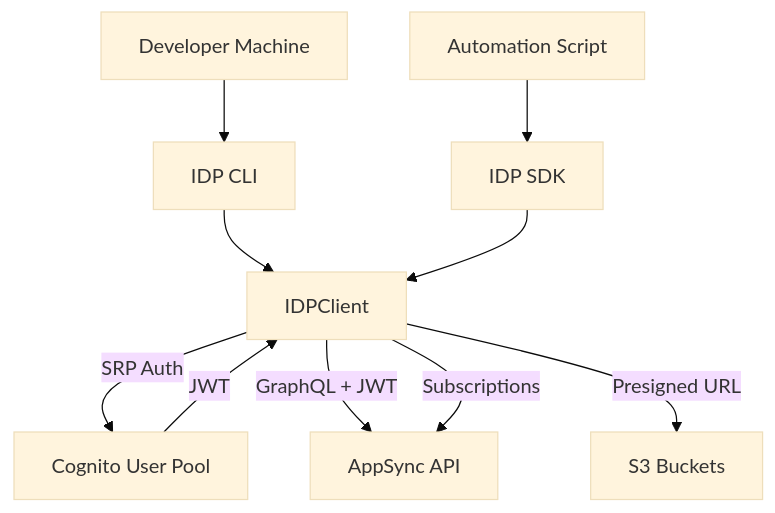
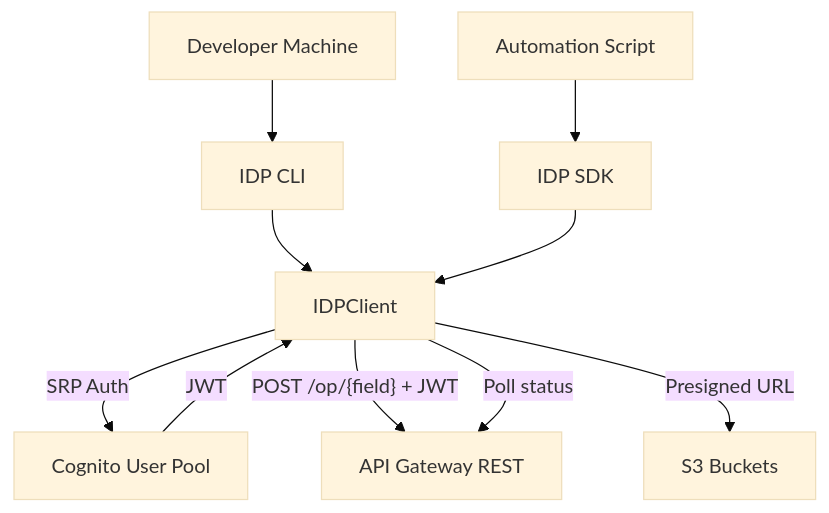
The diagram in security/threat-modeling/feature-threats/sdk-cli.md (aws-samples/sample-genai-idp), drawn with Mermaid (base theme) before and after one commit. The commit also changed other lines of this file and 26 other files, not shown here.

````diff
--- a/security/threat-modeling/feature-threats/sdk-cli.md
+++ b/security/threat-modeling/feature-threats/sdk-cli.md
@@ -24,15 +25,15 @@
 ```mermaid
 flowchart TD
     Developer[Developer Machine] --> CLI[IDP CLI]
     Script[Automation Script] --> SDK[IDP SDK]
     
     CLI --> IDPClient[IDPClient]
     SDK --> IDPClient
     
     IDPClient -->|SRP Auth| Cognito[Cognito User Pool]
     Cognito -->|JWT| IDPClient
     
-    IDPClient -->|GraphQL + JWT| AppSync[AppSync API]
+    IDPClient -->|"POST /op/{field} + JWT"| APIGW[API Gateway REST]
     IDPClient -->|Presigned URL| S3[S3 Buckets]
-    IDPClient -->|Subscriptions| AppSync
+    IDPClient -->|Poll status| APIGW
 ```
````
